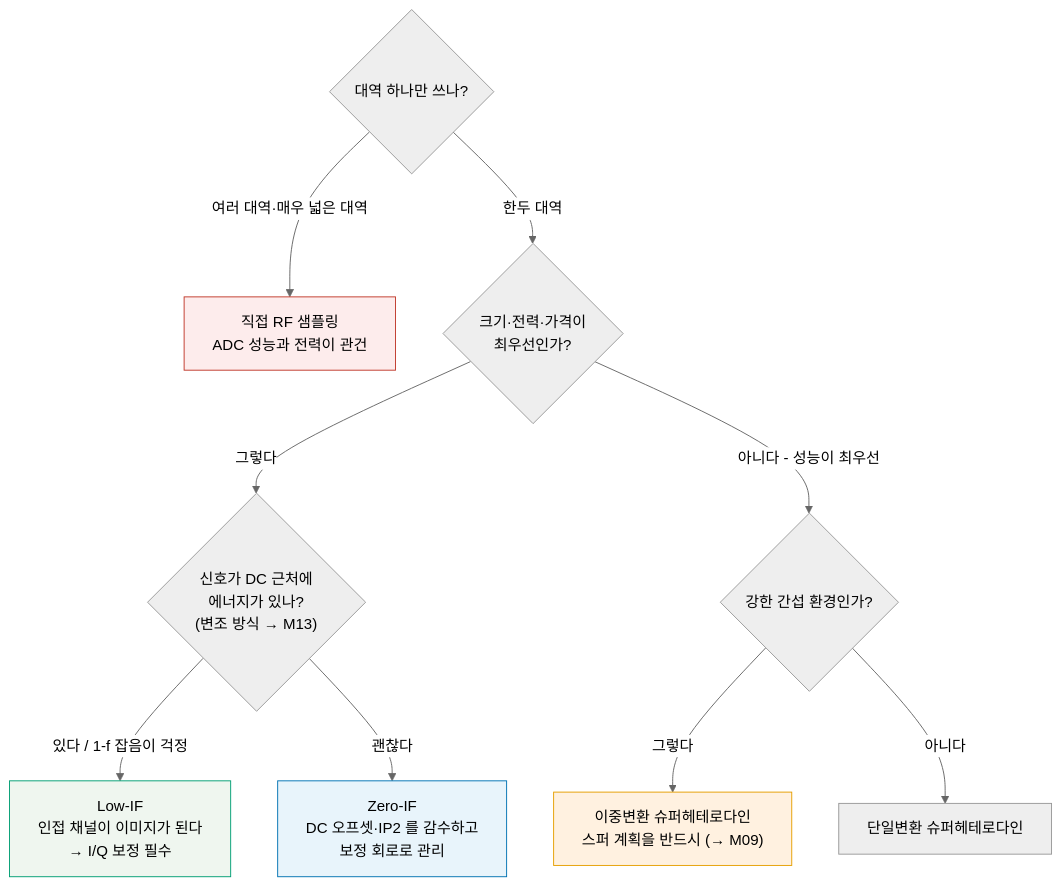
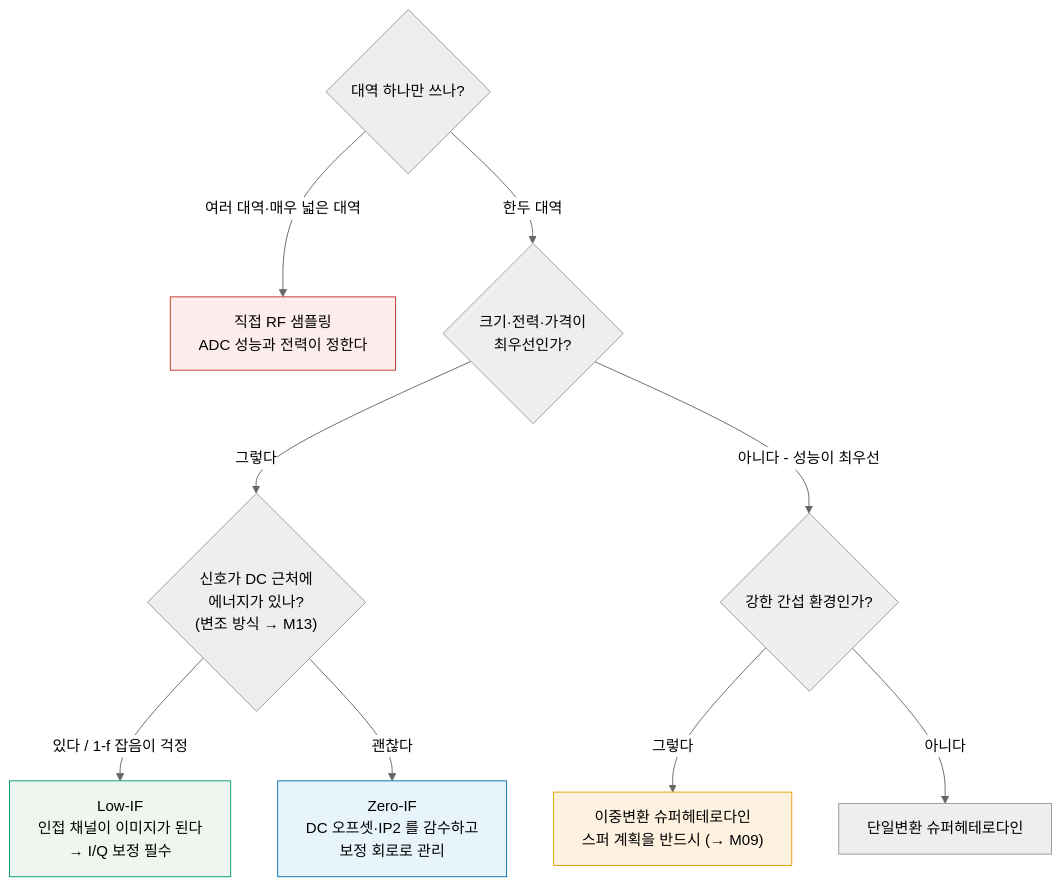
One commit to moratorium000/motherlord changed the diagram in rf-curriculum/01_모듈/M11_트랜시버아키텍처.md. Above: the diagram before and after it, drawn with Mermaid (neutral theme). The commit also changed other lines of this file and 22 other files, not shown here.

````diff
--- a/rf-curriculum/01_모듈/M11_트랜시버아키텍처.md
+++ b/rf-curriculum/01_모듈/M11_트랜시버아키텍처.md
@@ -119,16 +119,16 @@
 ```mermaid
 flowchart TD
-    Q1{"대역 하나만 쓰나?"} -->|"여러 대역·매우 넓은 대역"| DRF["직접 RF 샘플링<br/>ADC 성능과 전력이 관건"]
+    Q1{"대역 하나만 쓰나?"} -->|"여러 대역·매우 넓은 대역"| DRF["직접 RF 샘플링<br/>ADC 성능과 전력이 정한다"]
     Q1 -->|"한두 대역"| Q2{"크기·전력·가격이<br/>최우선인가?"}
     Q2 -->|"그렇다"| Q3{"신호가 DC 근처에<br/>에너지가 있나?<br/>(변조 방식 → M13)"}
     Q3 -->|"있다 / 1-f 잡음이 걱정"| LIF["Low-IF<br/>인접 채널이 이미지가 된다<br/>→ I/Q 보정 필수"]
     Q3 -->|"괜찮다"| ZIF["Zero-IF<br/>DC 오프셋·IP2 를 감수하고<br/>보정 회로로 관리"]
     Q2 -->|"아니다 - 성능이 최우선"| Q4{"강한 간섭 환경인가?"}
     Q4 -->|"그렇다"| SH2["이중변환 슈퍼헤테로다인<br/>스퍼 계획을 반드시 (→ M09)"]
     Q4 -->|"아니다"| SH1["단일변환 슈퍼헤테로다인"]
 
     style ZIF fill:#E8F4FB,stroke:#0072B2
     style LIF fill:#EFF6EF,stroke:#009E73
     style SH2 fill:#FFF1E0,stroke:#E69F00
     style DRF fill:#FDECEC,stroke:#C0392B
 ```
````
